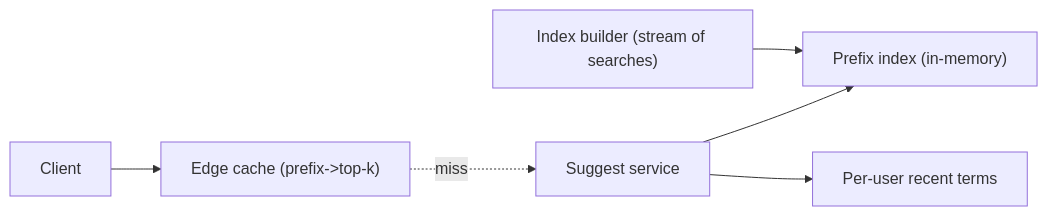
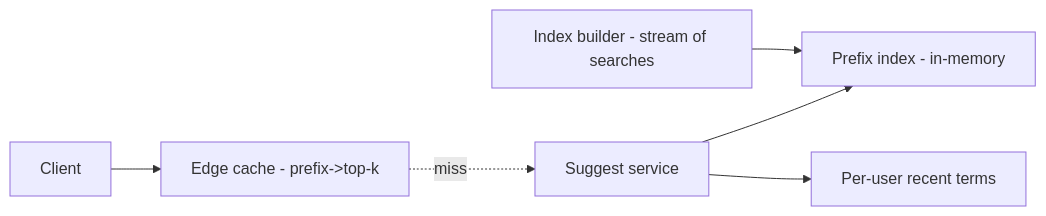
The first of 4 diagrams in case-studies/intermediate/search-autocomplete.md (RIT-MESH/system-design-mastery), drawn with Mermaid before and after one commit. The commit also changed 139 other files, not shown here.

First line of the commit message:
Fix Mermaid parse errors: replace parentheses in node labels across 140 files

````diff
--- a/case-studies/intermediate/search-autocomplete.md
+++ b/case-studies/intermediate/search-autocomplete.md
@@ -49,9 +49,9 @@
 ```mermaid
 %% created-for: system-design-mastery
 flowchart LR
-  Client --> CDN["Edge cache (prefix->top-k)"]
+  Client --> CDN["Edge cache - prefix->top-k"]
   CDN -.miss.-> Svc["Suggest service"]
-  Svc --> Index["Prefix index (in-memory)"]
+  Svc --> Index["Prefix index - in-memory"]
   Svc --> User["Per-user recent terms"]
-  Builder["Index builder (stream of searches)"] --> Index
+  Builder["Index builder - stream of searches"] --> Index
 ```
````
